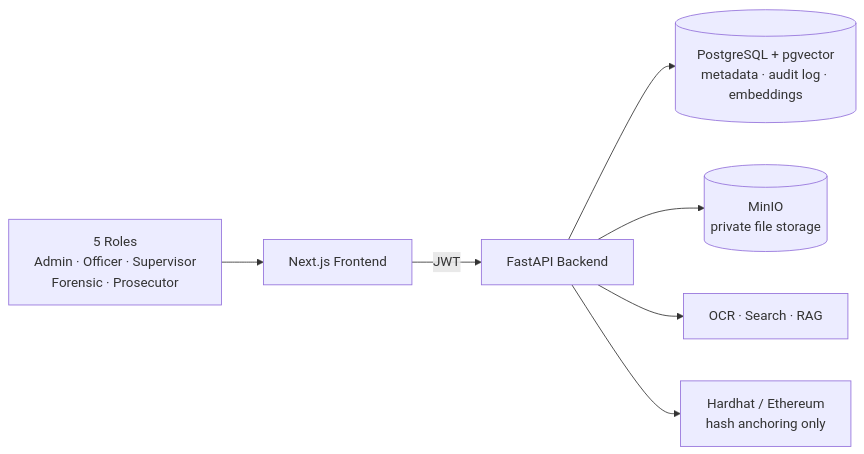
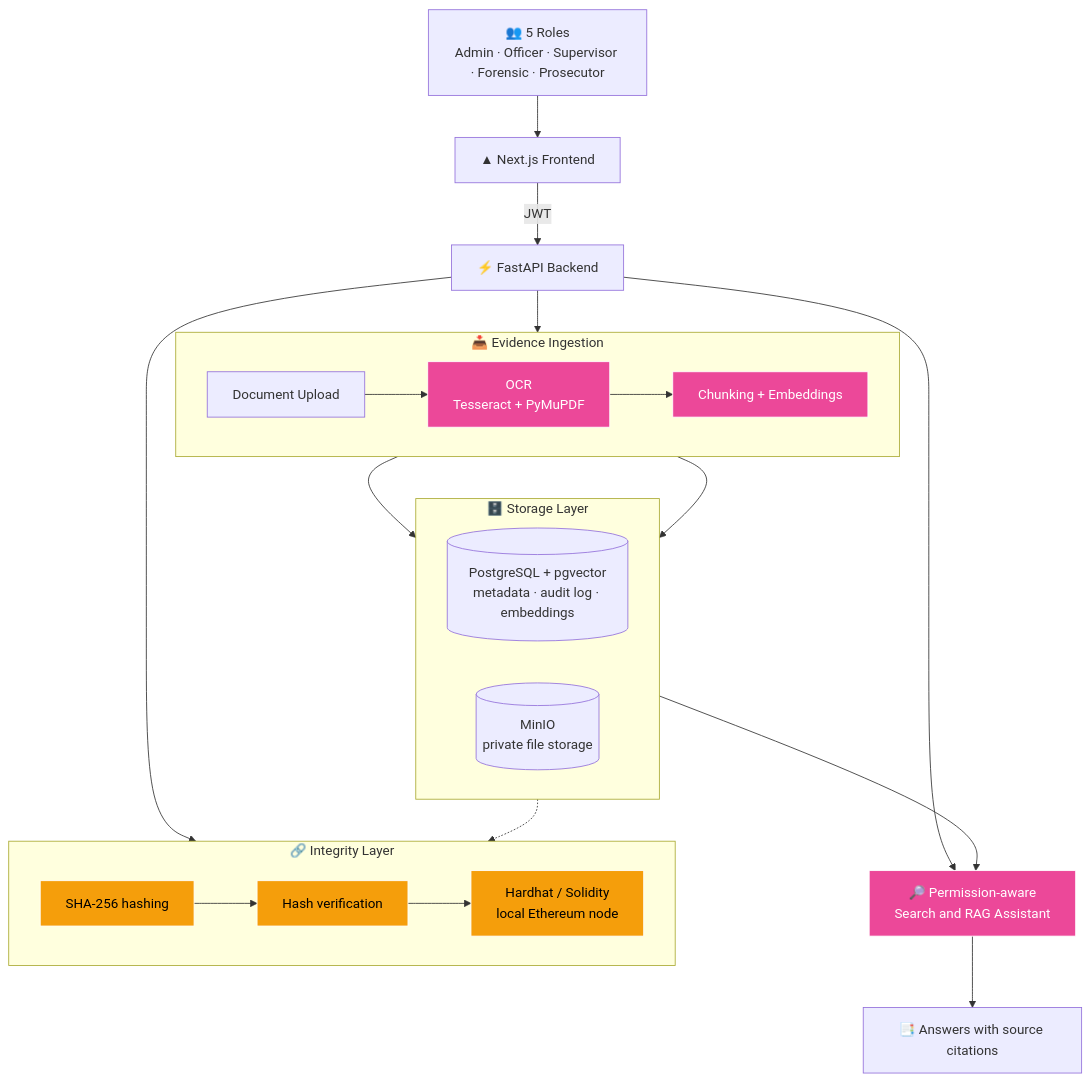
Before and after one commit to happyhsaini/happyhsaini: the second of 6 diagrams in README.md, drawn with Mermaid. The commit also changed other lines of this file, not shown here.

````diff
--- a/README.md
+++ b/README.md
@@ -82,9 +108,36 @@
 ```mermaid
-flowchart LR
-    U[5 Roles<br/>Admin · Officer · Supervisor<br/>Forensic · Prosecutor] --> N[Next.js Frontend]
-    N -->|JWT| F[FastAPI Backend]
-    F --> P[(PostgreSQL + pgvector<br/>metadata · audit log · embeddings)]
-    F --> M[(MinIO<br/>private file storage)]
-    F --> O[OCR · Search · RAG]
-    F --> E[Hardhat / Ethereum<br/>hash anchoring only]
+flowchart TB
+    U["👥 5 Roles<br/>Admin · Officer · Supervisor · Forensic · Prosecutor"] --> FE["▲ Next.js Frontend"]
+    FE -->|"JWT"| API["⚡ FastAPI Backend"]
+
+    subgraph ING["📥 Evidence Ingestion"]
+        direction LR
+        D1["Document Upload"] --> D2["OCR<br/>Tesseract + PyMuPDF"]
+        D2 --> D3["Chunking + Embeddings"]
+    end
+
+    subgraph STO["🗄️ Storage Layer"]
+        direction LR
+        S1[("PostgreSQL + pgvector<br/>metadata · audit log · embeddings")]
+        S2[("MinIO<br/>private file storage")]
+    end
+
+    subgraph INT["🔗 Integrity Layer"]
+        direction LR
+        H1["SHA-256 hashing"] --> H2["Hash verification"]
+        H2 --> H3["Hardhat / Solidity<br/>local Ethereum node"]
+    end
+
+    API --> ING
+    D3 --> S1
+    D1 --> S2
+    API --> INT
+    S2 -.-> H1
+    API --> Q["🔎 Permission-aware<br/>Search and RAG Assistant"]
+    S1 --> Q
+    Q --> A["📑 Answers with source citations"]
+    classDef ai fill:#ec4899,stroke:#fff,color:#fff
+    classDef chain fill:#f59e0b,stroke:#fff,color:#000
+    class D2,D3,Q ai
+    class H1,H2,H3 chain
 ```
````
